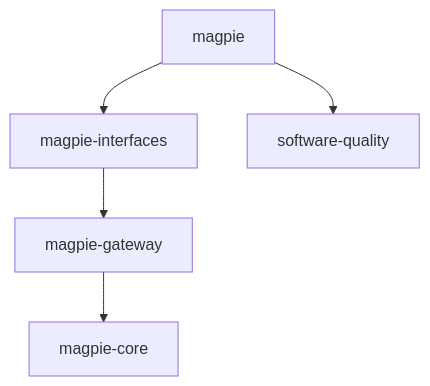
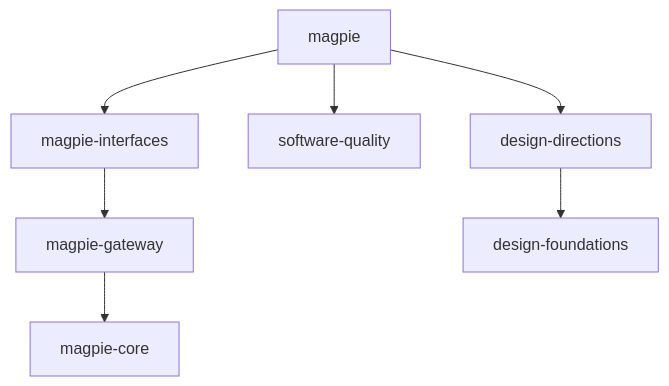
The diagram in recipes/magpie/DEPENDENCIES.md (LIghtJUNction/magpie-rs), drawn with Mermaid before and after one commit. The commit also changed other lines of this file and 6 other files, not shown here.

````diff
--- a/recipes/magpie/DEPENDENCIES.md
+++ b/recipes/magpie/DEPENDENCIES.md
@@ -3,7 +3,9 @@
 ```mermaid
 graph TD
   magpie --> interfaces[magpie-interfaces]
   magpie --> quality[software-quality]
+  magpie --> design[design-directions]
   interfaces --> gateway[magpie-gateway]
   gateway --> core[magpie-core]
+  design --> foundation[design-foundations]
 ```
````
